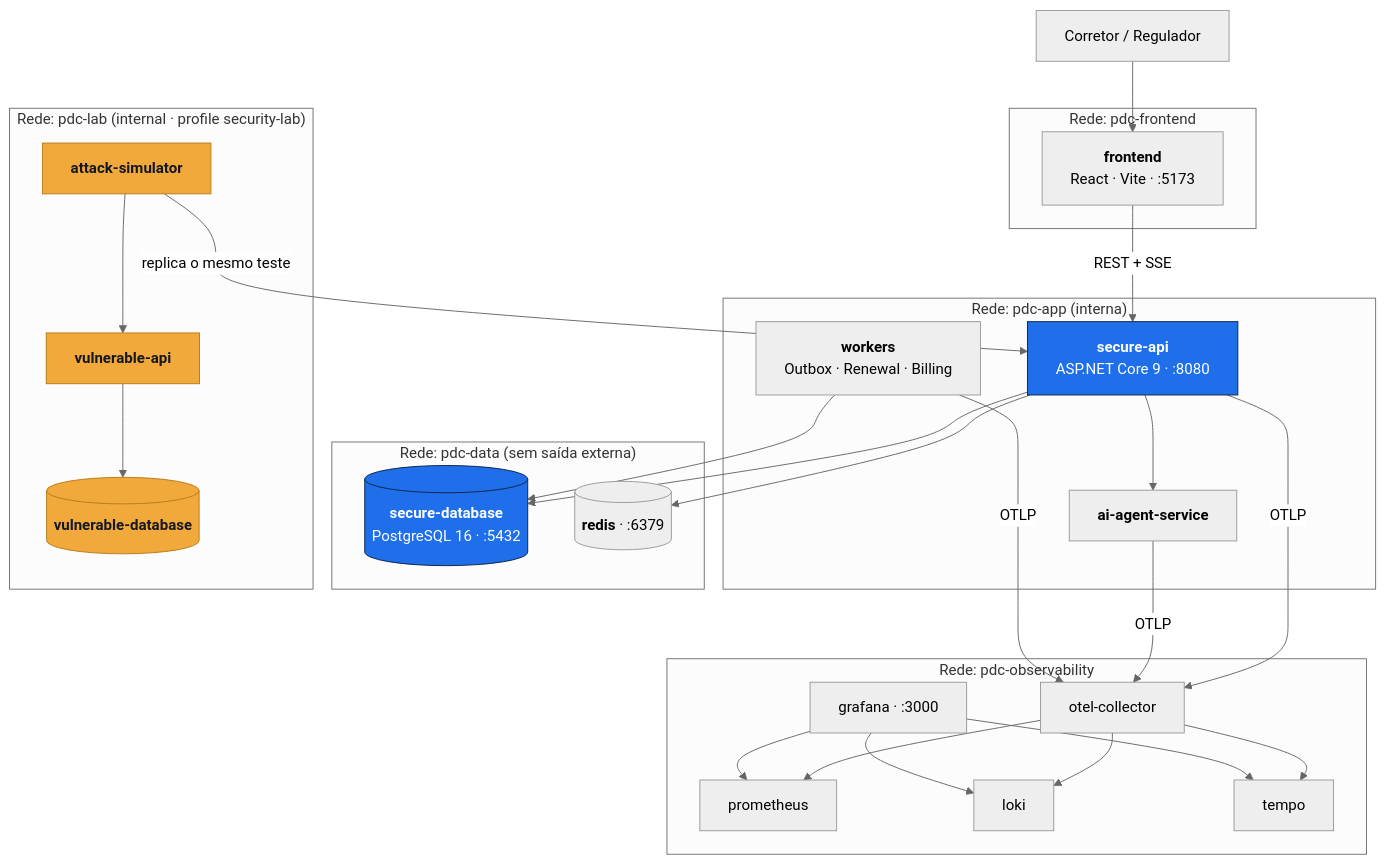
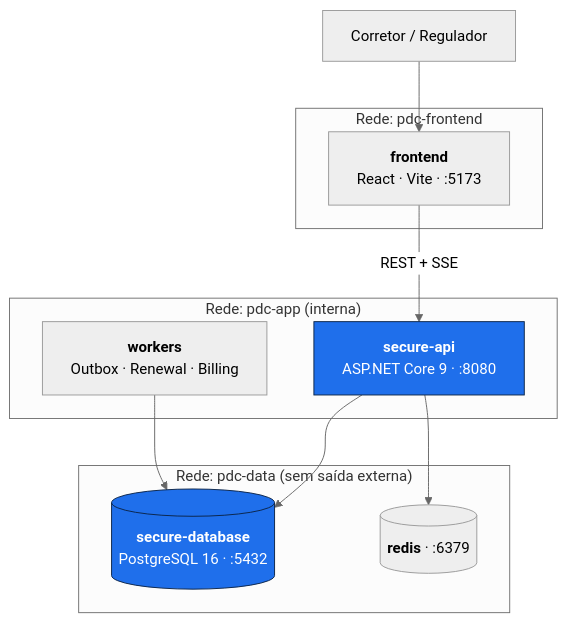
Before and after one commit to volksec/0009098: the first of 4 diagrams in README.md, drawn with Mermaid (neutral theme). The commit also changed other lines of this file and 16 other files, not shown here.

First line of the commit message:
docs: remove Security Lab, agentes de IA e observabilidade externa

````diff
--- a/README.md
+++ b/README.md
@@ -575,42 +571,25 @@
 ```mermaid
 graph TB
     U["Corretor / Regulador"]
 
     subgraph pub["Rede: pdc-frontend"]
         FE["<b>frontend</b><br/>React · Vite · :5173"]
     end
 
     subgraph app["Rede: pdc-app (interna)"]
         API["<b>secure-api</b><br/>ASP.NET Core 9 · :8080"]
-        AI["<b>ai-agent-service</b>"]
         WRK["<b>workers</b><br/>Outbox · Renewal · Billing"]
     end
 
     subgraph dados["Rede: pdc-data (sem saída externa)"]
         PG[("<b>secure-database</b><br/>PostgreSQL 16 · :5432")]
         RD[("<b>redis</b> · :6379")]
     end
 
-    subgraph lab["Rede: pdc-lab (internal · profile security-lab)"]
-        VAPI["<b>vulnerable-api</b>"]
-        VPG[("<b>vulnerable-database</b>")]
-        ATK["<b>attack-simulator</b>"]
-    end
+    U --> FE -->|"REST + SSE"| API
+    API --> PG & RD
+    WRK --> PG
 
-    subgraph obs["Rede: pdc-observability"]
-        OTEL["otel-collector"] --> PROM["prometheus"] & LOKI["loki"] & TEMPO["tempo"]
-        GRAF["grafana · :3000"] --> PROM & LOKI & TEMPO
-    end
-
-    U --> FE -->|"REST + SSE"| API
-    API --> PG & RD & AI
-    WRK --> PG
-    API & AI & WRK -->|OTLP| OTEL
-    ATK --> VAPI --> VPG
-    ATK -->|"replica o mesmo teste"| API
-
-    classDef labc fill:#F2A93B,stroke:#B87A18,color:#141821
     classDef sec fill:#1F6FEB,stroke:#0B2447,color:#fff
-    class VAPI,VPG,ATK labc
     class API,PG sec
 ```
````
